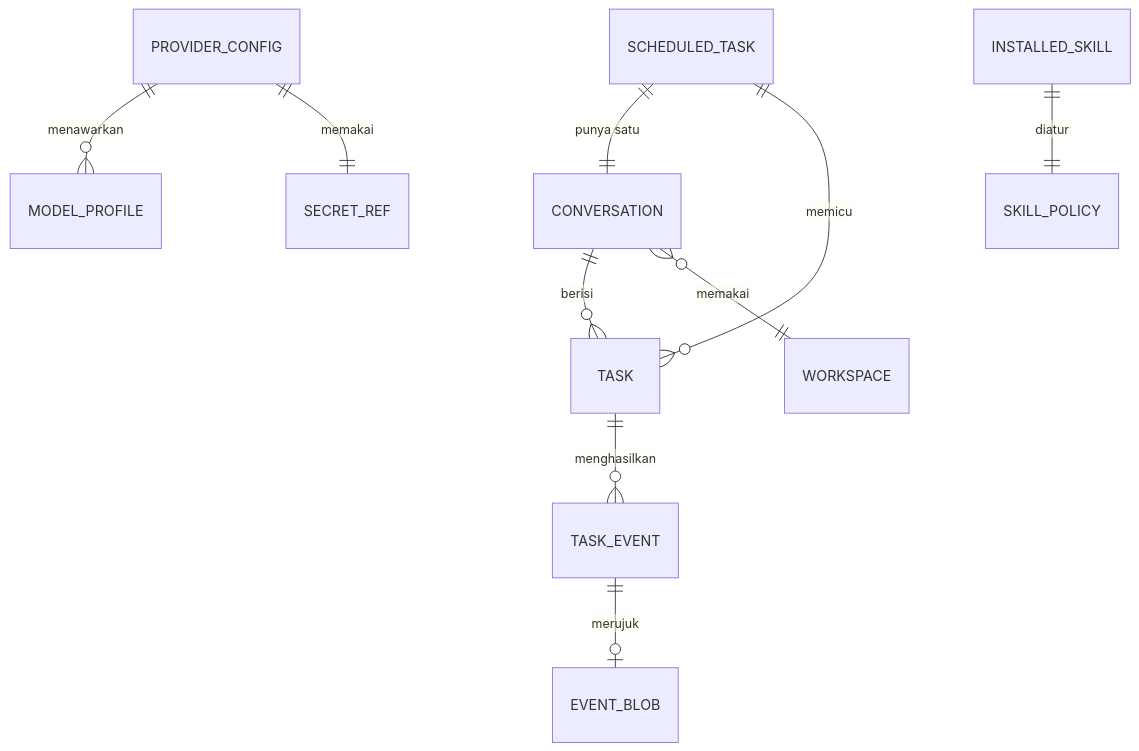
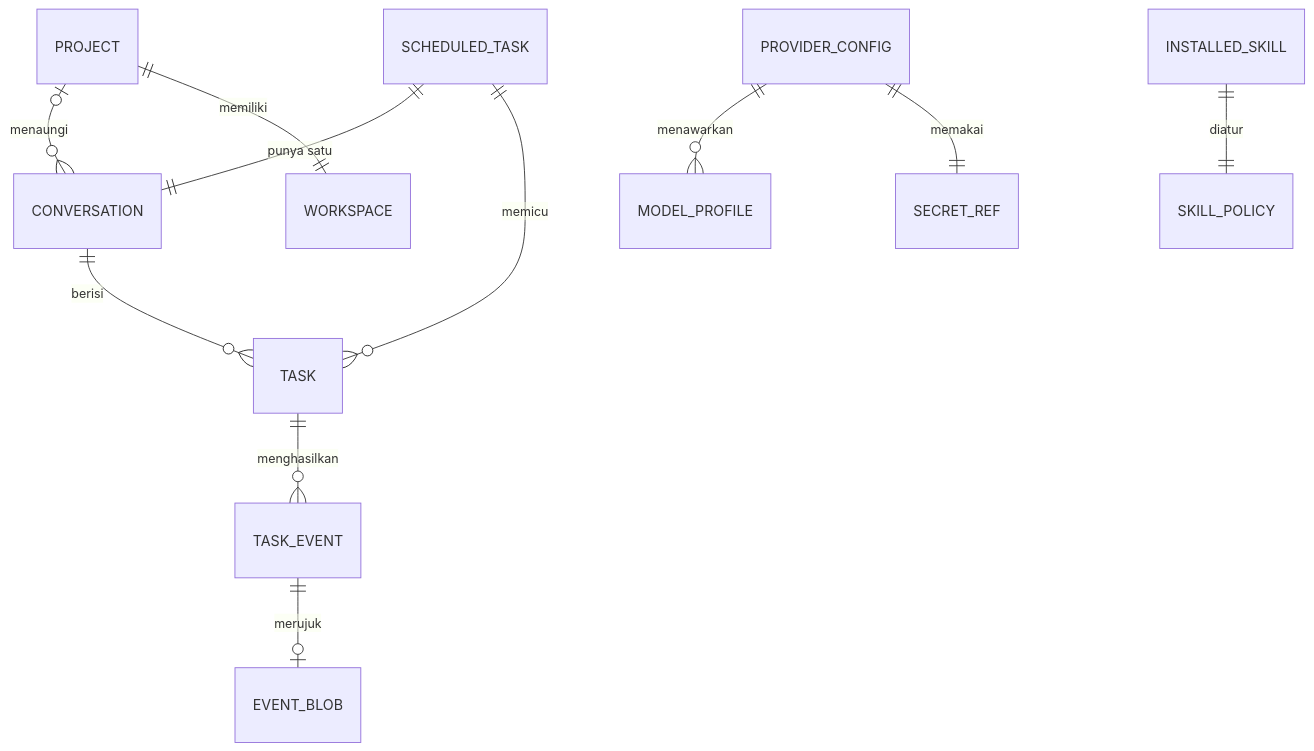
The third of 4 diagrams in _bmad-output/initiative-lumynoid/architecture-lumynoid/architecture-lumynoid.md (lusalhi/lumynoid), drawn with Mermaid before and after one commit. The commit also changed other lines of this file and 5 other files, not shown here.

````diff
--- a/_bmad-output/initiative-lumynoid/architecture-lumynoid/architecture-lumynoid.md
+++ b/_bmad-output/initiative-lumynoid/architecture-lumynoid/architecture-lumynoid.md
@@ -403,12 +424,13 @@
 ```mermaid
 erDiagram
   CONVERSATION ||--o{ TASK : berisi
-  CONVERSATION }o--|| WORKSPACE : memakai
+  PROJECT |o--o{ CONVERSATION : menaungi
+  PROJECT ||--|| WORKSPACE : memiliki
   TASK ||--o{ TASK_EVENT : menghasilkan
   TASK_EVENT ||--o| EVENT_BLOB : merujuk
   SCHEDULED_TASK ||--|| CONVERSATION : "punya satu"
   SCHEDULED_TASK ||--o{ TASK : memicu
   PROVIDER_CONFIG ||--o{ MODEL_PROFILE : menawarkan
   PROVIDER_CONFIG ||--|| SECRET_REF : memakai
   INSTALLED_SKILL ||--|| SKILL_POLICY : diatur
 ```
````
